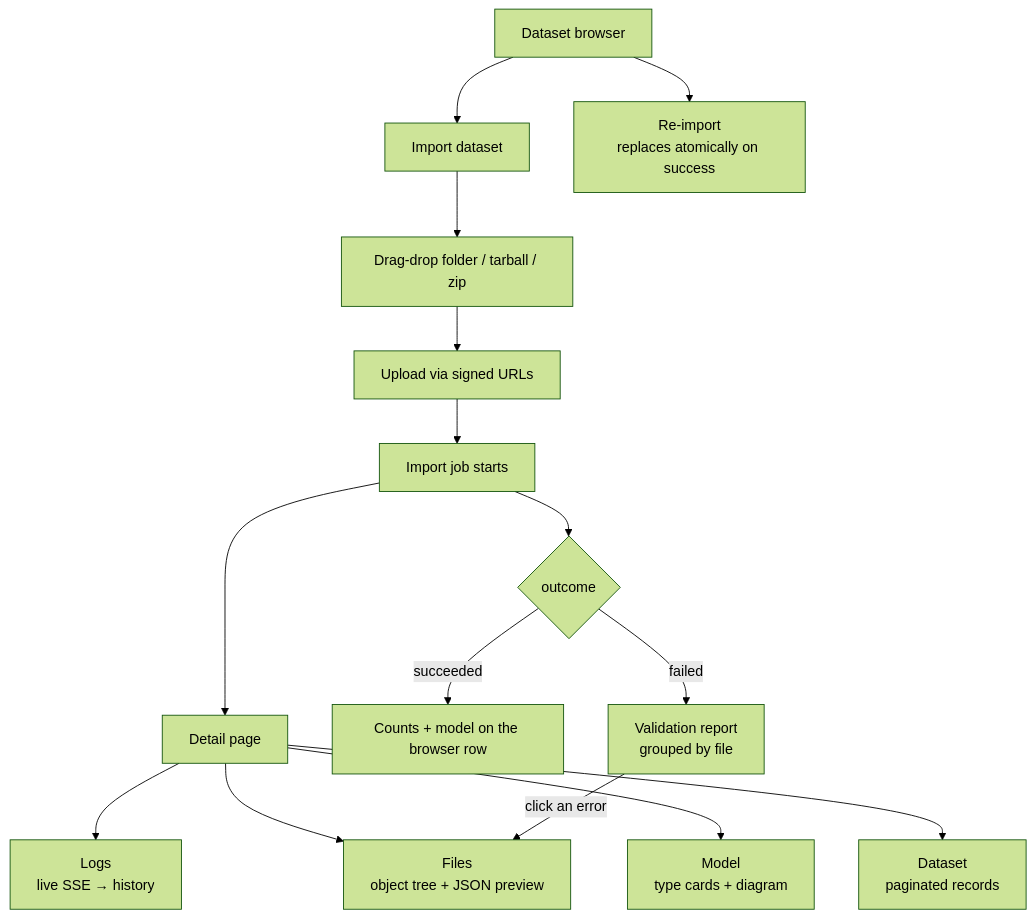
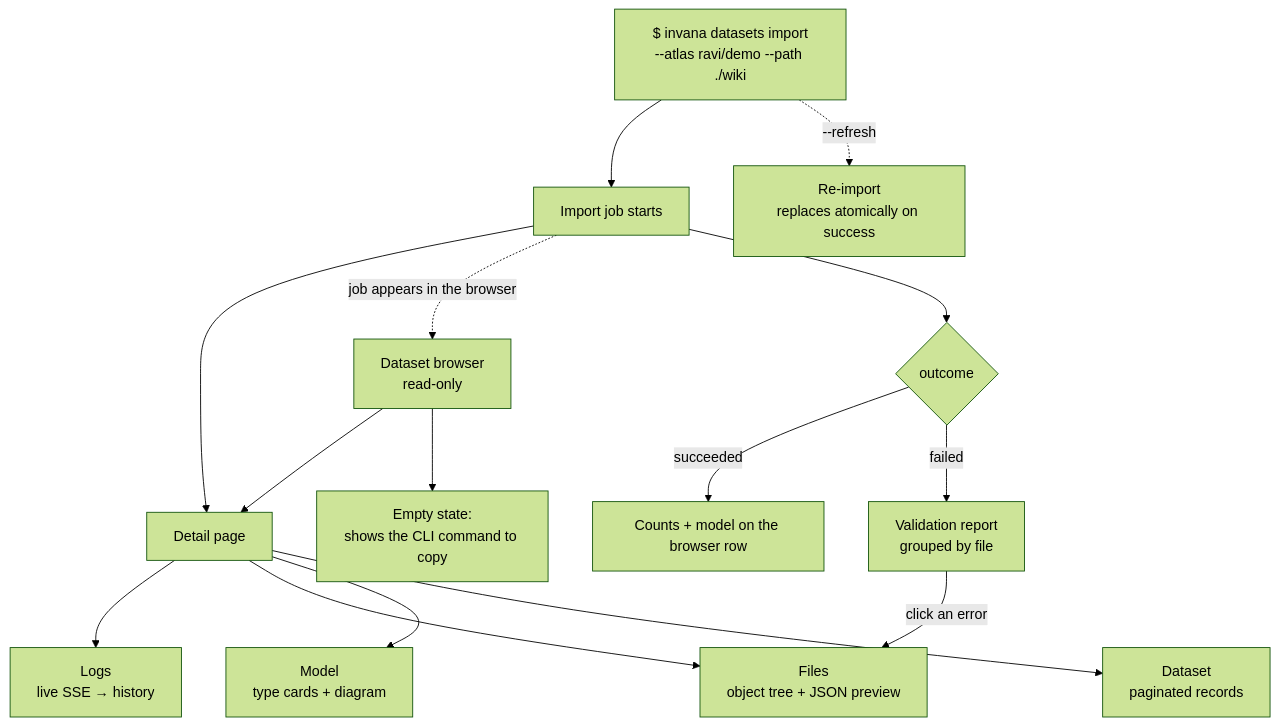
The fifth of 10 diagrams in docs/internal/mvp/studio.md (invana/invana), drawn with Mermaid (forest theme) before and after one commit. The commit also changed other lines of this file and 4 other files, not shown here.

````diff
--- a/docs/internal/mvp/studio.md
+++ b/docs/internal/mvp/studio.md
@@ -182,17 +182,17 @@
 ```mermaid
 flowchart TD
-    B["Dataset browser"] --> IMP["Import dataset"]
-    IMP --> DD["Drag-drop folder / tarball / zip"]
-    DD --> UP["Upload via signed URLs"]
-    UP --> JOB["Import job starts"]
-    JOB --> DET["Detail page"]
+    CLI["$ invana datasets import<br/>--atlas ravi/demo --path ./wiki"] --> JOB["Import job starts"]
+    B["Dataset browser<br/>read-only"] --> DET["Detail page"]
+    JOB --> DET
+    JOB -.->|"job appears in the browser"| B
     DET --> T1["Logs<br/>live SSE → history"]
     DET --> T2["Files<br/>object tree + JSON preview"]
     DET --> T3["Model<br/>type cards + diagram"]
     DET --> T4["Dataset<br/>paginated records"]
     JOB --> S{"outcome"}
     S -->|succeeded| OK["Counts + model on the browser row"]
     S -->|failed| VR["Validation report<br/>grouped by file"]
     VR -->|click an error| T2
-    B --> RE["Re-import<br/>replaces atomically on success"]
+    CLI -.->|"--refresh"| RE["Re-import<br/>replaces atomically on success"]
+    B --> EMPTY["Empty state:<br/>shows the CLI command to copy"]
 ```
````
